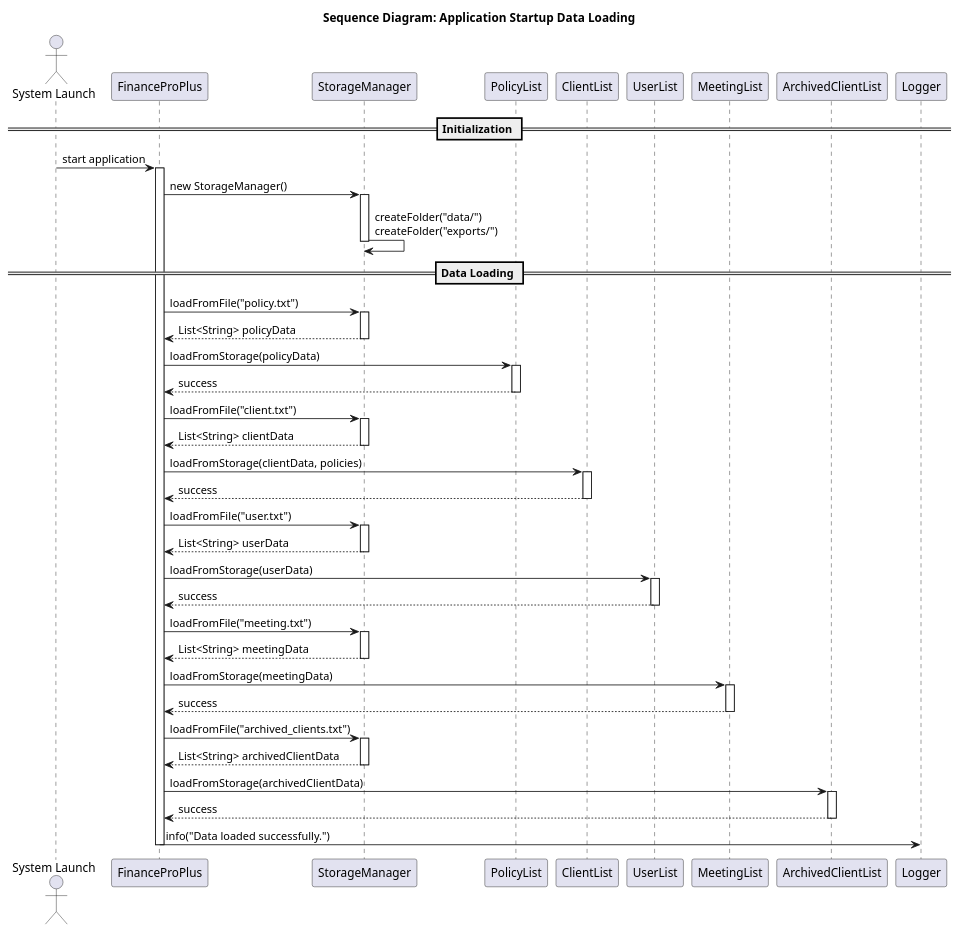
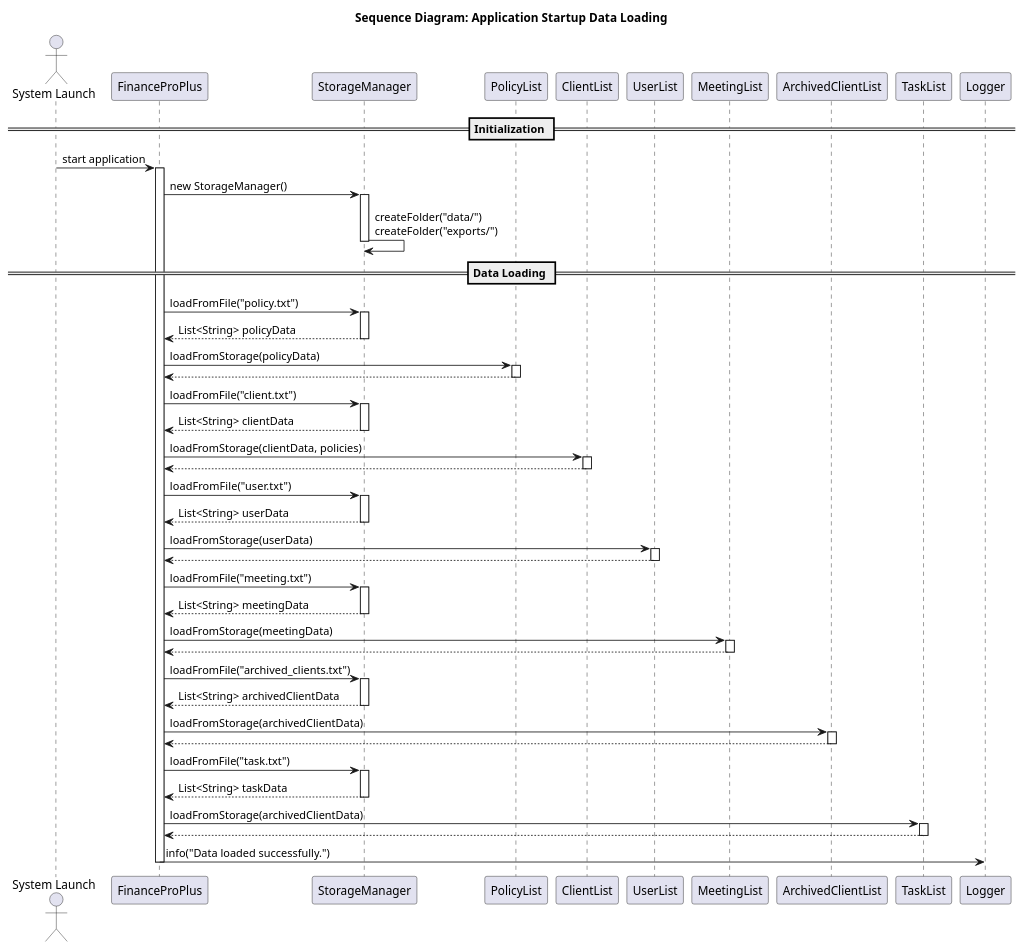
The diagram in docs/umldiagrams/Storage_Loading.puml (ZT712002/tp), drawn with PlantUML before and after one commit. The commit also changed 3 other files, not shown here.

```diff
--- a/docs/umldiagrams/Storage_Loading.puml
+++ b/docs/umldiagrams/Storage_Loading.puml
@@ -4,74 +4,85 @@
 @startuml
 title Sequence Diagram: Application Startup Data Loading
 
 actor User as "System Launch"
 participant FinanceProPlus
 participant StorageManager
 participant PolicyList
 participant ClientList
 participant UserList
 participant MeetingList
 participant ArchivedClientList
+participant TaskList
 participant Logger
+
 
 == Initialization ==
 
 User -> FinanceProPlus: start application
 activate FinanceProPlus
 
 FinanceProPlus -> StorageManager: new StorageManager()
 activate StorageManager
 StorageManager -> StorageManager: createFolder("data/")\ncreateFolder("exports/")
 deactivate StorageManager
 
 == Data Loading ==
 
 FinanceProPlus -> StorageManager: loadFromFile("policy.txt")
 activate StorageManager
 StorageManager --> FinanceProPlus: List<String> policyData
 deactivate StorageManager
 FinanceProPlus -> PolicyList: loadFromStorage(policyData)
 activate PolicyList
-PolicyList --> FinanceProPlus: success
+PolicyList --> FinanceProPlus:
 deactivate PolicyList
 
 FinanceProPlus -> StorageManager: loadFromFile("client.txt")
 activate StorageManager
 StorageManager --> FinanceProPlus: List<String> clientData
 deactivate StorageManager
 FinanceProPlus -> ClientList: loadFromStorage(clientData, policies)
 activate ClientList
-ClientList --> FinanceProPlus: success
+ClientList --> FinanceProPlus:
 deactivate ClientList
 
 FinanceProPlus -> StorageManager: loadFromFile("user.txt")
 activate StorageManager
 StorageManager --> FinanceProPlus: List<String> userData
 deactivate StorageManager
 FinanceProPlus -> UserList: loadFromStorage(userData)
 activate UserList
-UserList --> FinanceProPlus: success
+UserList --> FinanceProPlus:
 deactivate UserList
 
 FinanceProPlus -> StorageManager: loadFromFile("meeting.txt")
 activate StorageManager
 StorageManager --> FinanceProPlus: List<String> meetingData
 deactivate StorageManager
 FinanceProPlus -> MeetingList: loadFromStorage(meetingData)
 activate MeetingList
-MeetingList --> FinanceProPlus: success
+MeetingList --> FinanceProPlus:
 deactivate MeetingList
 
 FinanceProPlus -> StorageManager: loadFromFile("archived_clients.txt")
 activate StorageManager
 StorageManager --> FinanceProPlus: List<String> archivedClientData
 deactivate StorageManager
 FinanceProPlus -> ArchivedClientList: loadFromStorage(archivedClientData)
 activate ArchivedClientList
-ArchivedClientList --> FinanceProPlus: success
+ArchivedClientList --> FinanceProPlus:
 deactivate ArchivedClientList
+
+FinanceProPlus -> StorageManager: loadFromFile("task.txt")
+activate StorageManager
+StorageManager --> FinanceProPlus: List<String> taskData
+deactivate StorageManager
+FinanceProPlus ->TaskList: loadFromStorage(archivedClientData)
+activate TaskList
+TaskList --> FinanceProPlus:
+deactivate TaskList
 
 FinanceProPlus -> Logger: info("Data loaded successfully.")
 deactivate FinanceProPlus
 
 @enduml
```
